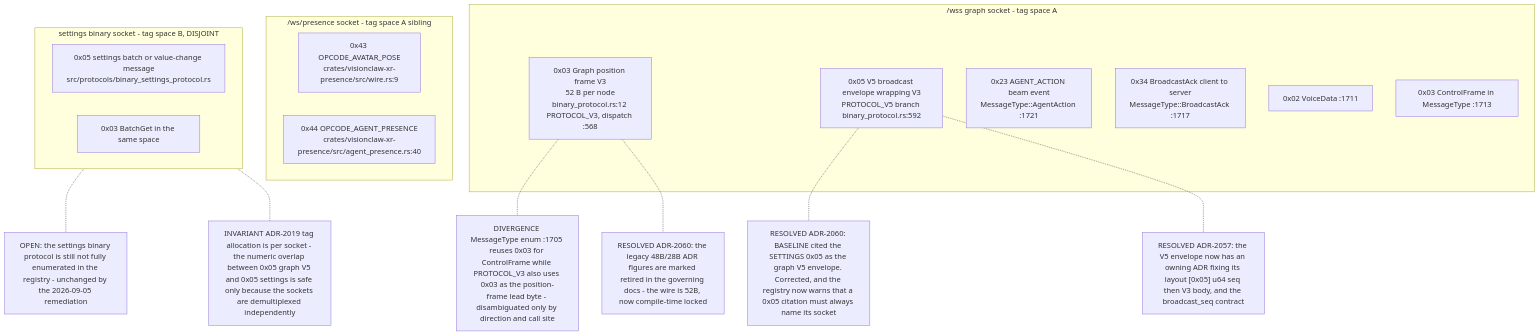
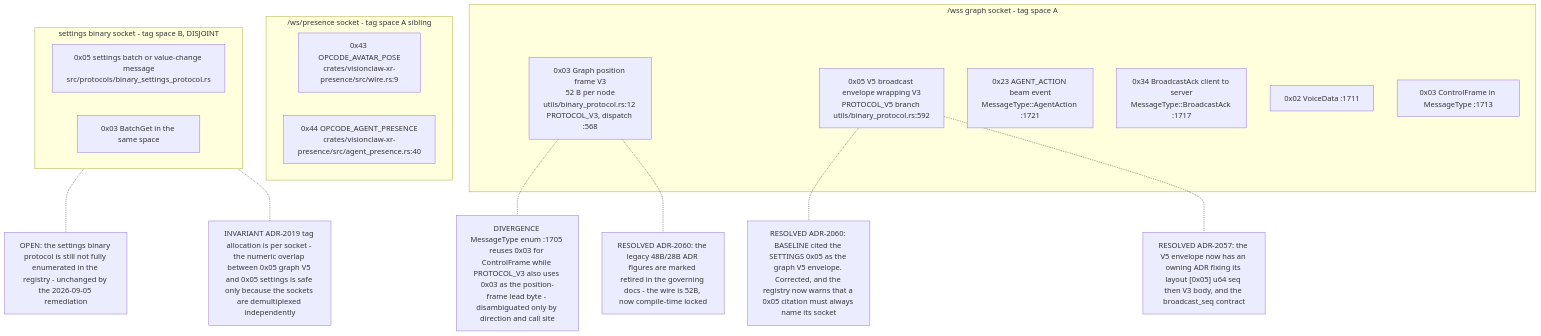
The third of 9 diagrams in docs/diagrams/visionclaw/14-wire-frames-and-tag-registry.md (DreamLab-AI/VisionFlow), drawn with Mermaid before and after one commit. The commit also changed other lines of this file and 185 other files, not shown here.

Commit message:
docs(estate): reconcile diagrams and ADRs with source and define closeout sprint

````diff
--- a/docs/diagrams/visionclaw/14-wire-frames-and-tag-registry.md
+++ b/docs/diagrams/visionclaw/14-wire-frames-and-tag-registry.md
@@ -101,32 +102,32 @@
 ```mermaid
 flowchart TD
     subgraph GRAPH["/wss graph socket - tag space A"]
-        T03["0x03 Graph position frame V3<br/>52 B per node<br/>binary_protocol.rs:12 PROTOCOL_V3, dispatch :568"]
-        T05["0x05 V5 broadcast envelope wrapping V3<br/>PROTOCOL_V5 branch binary_protocol.rs:592"]
+        T03["0x03 Graph position frame V3<br/>52 B per node<br/>utils/binary_protocol.rs:12 PROTOCOL_V3, dispatch :568"]
+        T05["0x05 V5 broadcast envelope wrapping V3<br/>PROTOCOL_V5 branch utils/binary_protocol.rs:592"]
         T23["0x23 AGENT_ACTION beam event<br/>MessageType::AgentAction :1721"]
         T34["0x34 BroadcastAck client to server<br/>MessageType::BroadcastAck :1717"]
         T02["0x02 VoiceData :1711"]
         T03c["0x03 ControlFrame in MessageType :1713"]
     end
     subgraph PRESENCE["/ws/presence socket - tag space A sibling"]
         T43["0x43 OPCODE_AVATAR_POSE<br/>crates/visionclaw-xr-presence/src/wire.rs:9"]
         T44["0x44 OPCODE_AGENT_PRESENCE<br/>crates/visionclaw-xr-presence/src/agent_presence.rs:40"]
     end
     subgraph SETTINGS["settings binary socket - tag space B, DISJOINT"]
         S05["0x05 settings batch or value-change message<br/>src/protocols/binary_settings_protocol.rs"]
         S03["0x03 BatchGet in the same space"]
     end
 
     N1["INVARIANT ADR-2019 tag allocation is per socket - the numeric overlap between 0x05 graph V5 and 0x05 settings is safe only because the sockets are demultiplexed independently"]
     N2["RESOLVED ADR-2060: BASELINE cited the SETTINGS 0x05 as the graph V5 envelope. Corrected, and the registry now warns that a 0x05 citation must always name its socket"]
     N3["DIVERGENCE MessageType enum :1705 reuses 0x03 for ControlFrame while PROTOCOL_V3 also uses 0x03 as the position-frame lead byte - disambiguated only by direction and call site"]
     N4["RESOLVED ADR-2057: the V5 envelope now has an owning ADR fixing its layout [0x05] u64 seq then V3 body, and the broadcast_seq contract"]
     N5["OPEN: the settings binary protocol is still not fully enumerated in the registry - unchanged by the 2026-09-05 remediation"]
     N6["RESOLVED ADR-2060: the legacy 48B/28B ADR figures are marked retired in the governing docs - the wire is 52B, now compile-time locked"]
     T05 -.- N2
     T03 -.- N3
     T05 -.- N4
     SETTINGS -.- N5
     T03 -.- N6
     SETTINGS -.- N1
 ```
````
